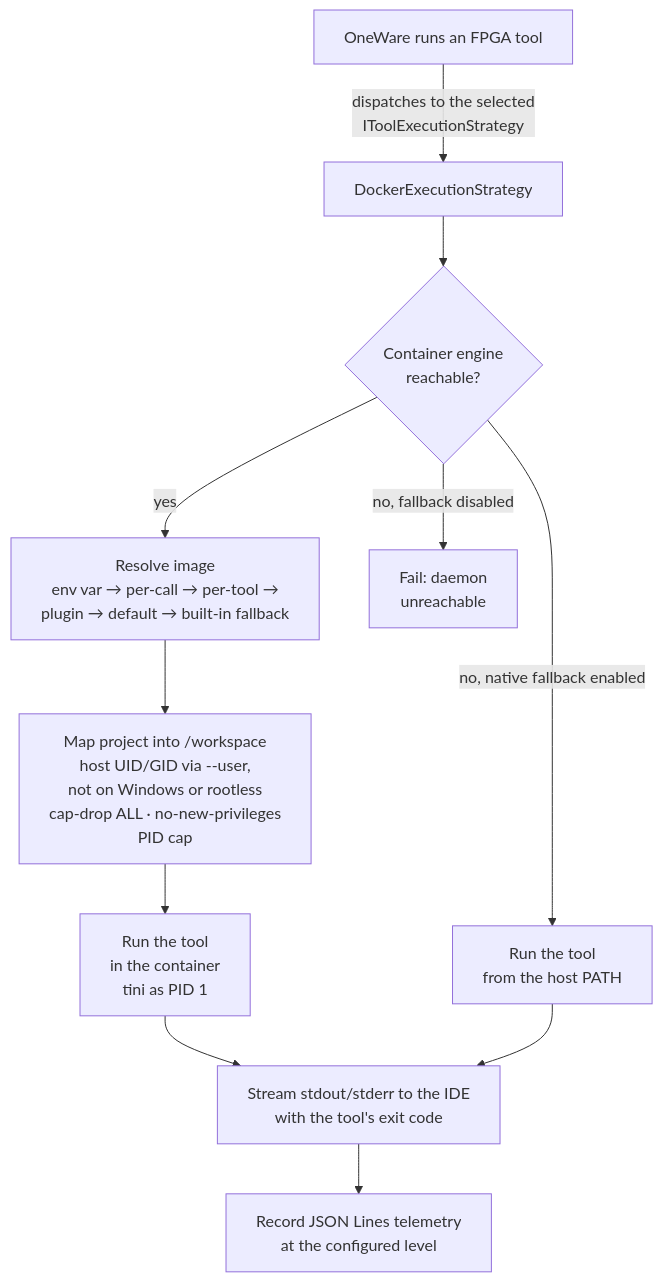
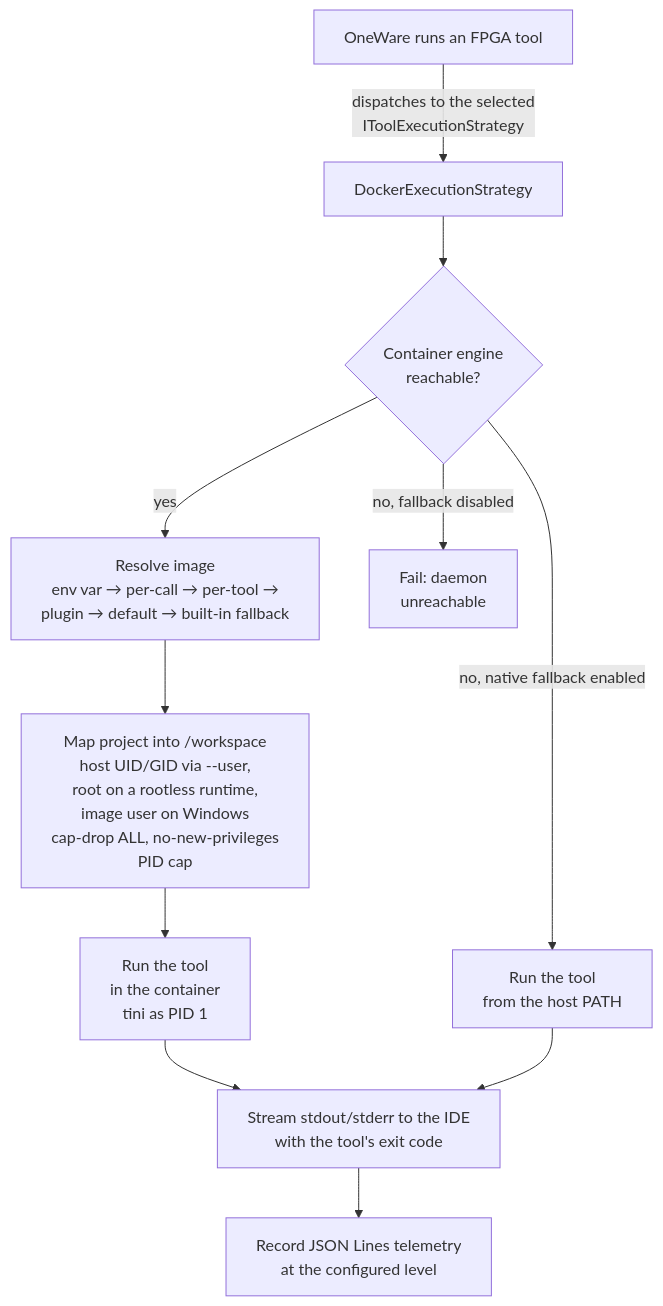
One commit to FEntwumS/FEntwumS.ContainerExtension changed the diagram in README.md. Above: the diagram before and after it, drawn with Mermaid. The commit also changed other lines of this file and 2 other files, not shown here.

First line of the commit message:
docs: state that a rootless run uses root mapped to the host user

````diff
--- a/README.md
+++ b/README.md
@@ -55,18 +55,18 @@
 ```mermaid
 ---
 config:
   flowchart:
     wrappingWidth: 400
 ---
 flowchart TD
     A[OneWare runs an FPGA tool] -->|dispatches to the selected<br/>IToolExecutionStrategy| B[DockerExecutionStrategy]
     B --> C{Container engine<br/>reachable?}
     C -->|yes| D[Resolve image<br/>env var → per-call → per-tool →<br/>plugin → default → built-in fallback]
-    D --> E[Map project into /workspace<br/>host UID/GID via --user,<br/>not on Windows or rootless<br/>cap-drop ALL · no-new-privileges<br/>PID cap]
+    D --> E[Map project into /workspace<br/>host UID/GID via --user,<br/>root on a rootless runtime,<br/>image user on Windows<br/>cap-drop ALL, no-new-privileges<br/>PID cap]
     E --> F[Run the tool<br/>in the container<br/>tini as PID 1]
     C -->|no, native fallback enabled| G[Run the tool<br/>from the host PATH]
     C -->|no, fallback disabled| H[Fail: daemon<br/>unreachable]
     F --> I[Stream stdout/stderr to the IDE<br/>with the tool's exit code]
     G --> I
     I --> J[Record JSON Lines telemetry<br/>at the configured level]
 ```
````
